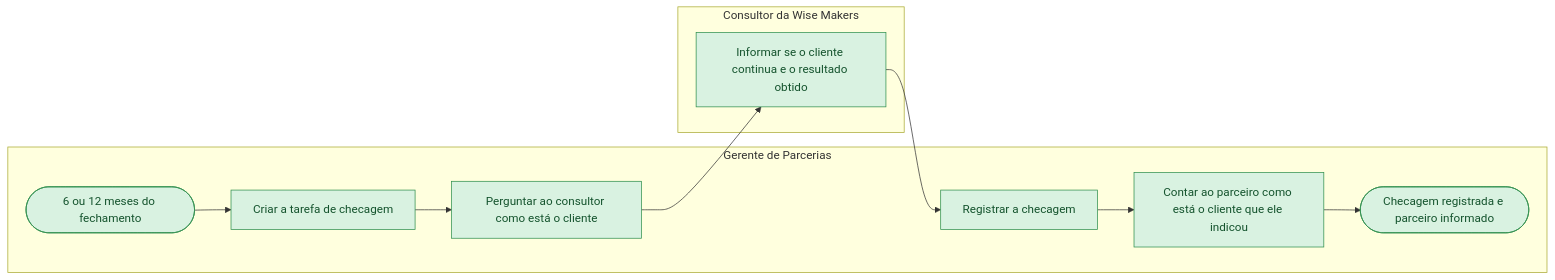
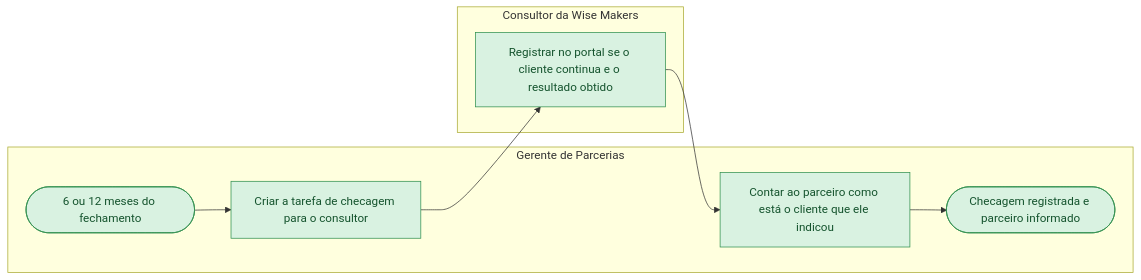
One commit to Guilherme-MFaccin/Wise-Partners changed the diagram in mapeamentos/wise-partners-to-be/saidas/mermaid/fluxo-6-8-checar-o-cliente-aos-6-e-12-meses.mmd. Above: the diagram before and after it, drawn with Mermaid. The commit also changed 142 other files, not shown here.

```diff
--- a/mapeamentos/wise-partners-to-be/saidas/mermaid/fluxo-6-8-checar-o-cliente-aos-6-e-12-meses.mmd
+++ b/mapeamentos/wise-partners-to-be/saidas/mermaid/fluxo-6-8-checar-o-cliente-aos-6-e-12-meses.mmd
@@ -1,22 +1,18 @@
 flowchart LR
     classDef confirmado fill:#D9F2E1,stroke:#2F8F4E,color:#14532D
     classDef declarado fill:#FFF3C4,stroke:#B8860B,color:#5C4300
     classDef hipotese fill:#FFFFFF,stroke:#8A9099,color:#3F4650,stroke-dasharray: 5 5
     classDef contestado fill:#FDE2E1,stroke:#C53030,color:#7F1D1D
     subgraph raia_PA_01 ["Gerente de Parcerias"]
       n_i1(["6 ou 12 meses do fechamento"]):::confirmado
-      n_t1["Criar a tarefa de checagem"]:::confirmado
-      n_t2["Perguntar ao consultor como está o cliente"]:::confirmado
-      n_t4["Registrar a checagem"]:::confirmado
-      n_t5["Contar ao parceiro como está o cliente que ele indicou"]:::confirmado
+      n_t1["Criar a tarefa de checagem para o consultor"]:::confirmado
+      n_t3["Contar ao parceiro como está o cliente que ele indicou"]:::confirmado
       n_f1(["Checagem registrada e parceiro informado"]):::confirmado
     end
     subgraph raia_PA_07 ["Consultor da Wise Makers"]
-      n_t3["Informar se o cliente continua e o resultado obtido"]:::confirmado
+      n_t2["Registrar no portal se o cliente continua e o resultado obtido"]:::confirmado
     end
     n_i1 --> n_t1
     n_t1 --> n_t2
     n_t2 --> n_t3
-    n_t3 --> n_t4
-    n_t4 --> n_t5
-    n_t5 --> n_f1
+    n_t3 --> n_f1
```
